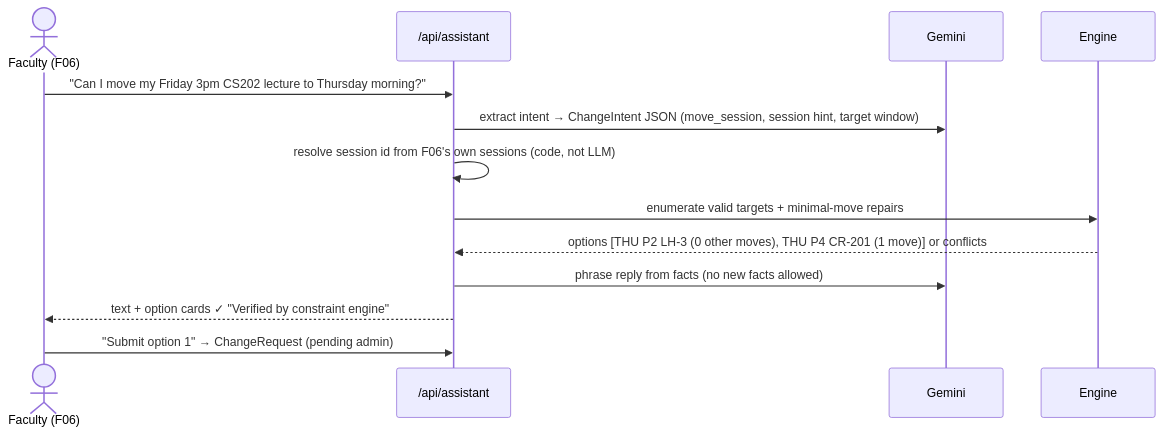
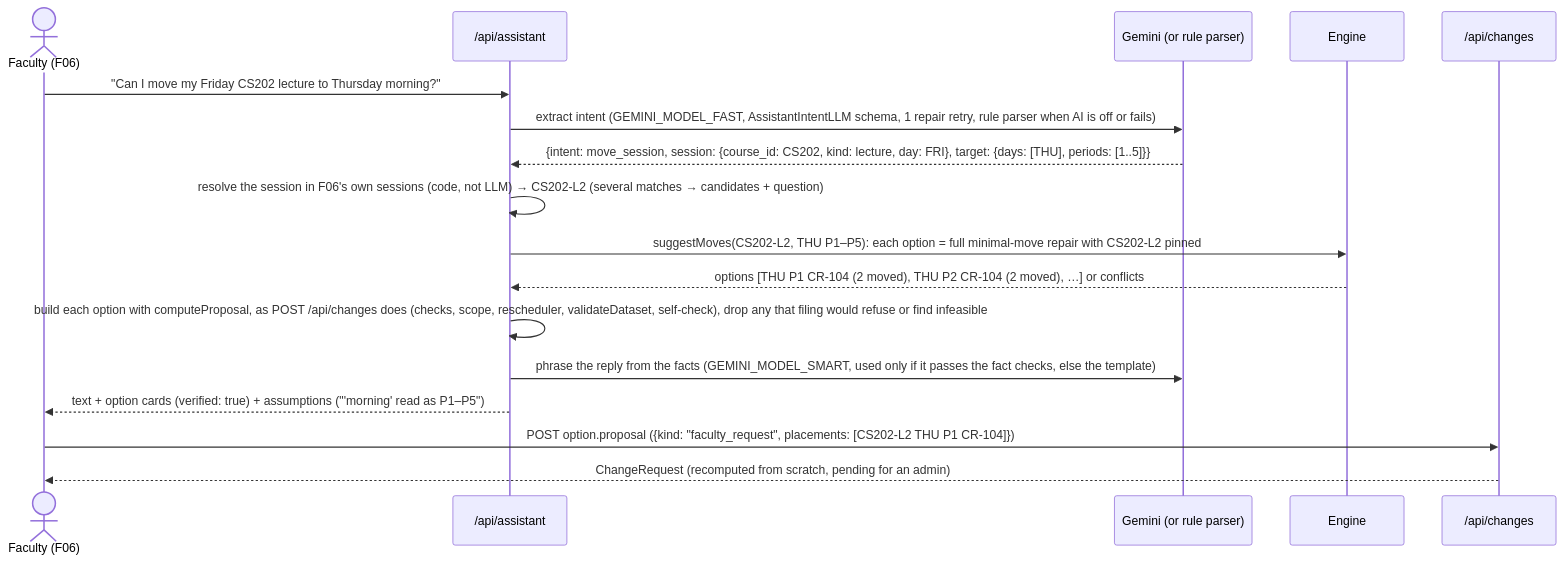
Before and after one commit to yashpandeycodes/IITB-Hackathon: the seventh of 9 diagrams in docs/architecture.md, drawn with Mermaid. The commit also changed other lines of this file and 10 other files, not shown here.

````diff
--- a/docs/architecture.md
+++ b/docs/architecture.md
@@ -726,15 +787,19 @@
 ```mermaid
 sequenceDiagram
   actor F as Faculty (F06)
   participant AS as /api/assistant
-  participant G as Gemini
+  participant G as Gemini (or rule parser)
   participant E as Engine
-  F->>AS: "Can I move my Friday 3pm CS202 lecture to Thursday morning?"
-  AS->>G: extract intent → ChangeIntent JSON (move_session, session hint, target window)
-  AS->>AS: resolve session id from F06's own sessions (code, not LLM)
-  AS->>E: enumerate valid targets + minimal-move repairs
-  E-->>AS: options [THU P2 LH-3 (0 other moves), THU P4 CR-201 (1 move)] or conflicts
-  AS->>G: phrase reply from facts (no new facts allowed)
-  AS-->>F: text + option cards ✓ "Verified by constraint engine"
-  F->>AS: "Submit option 1" → ChangeRequest (pending admin)
+  participant CH as /api/changes
+  F->>AS: "Can I move my Friday CS202 lecture to Thursday morning?"
+  AS->>G: extract intent (GEMINI_MODEL_FAST, AssistantIntentLLM schema, 1 repair retry, rule parser when AI is off or fails)
+  G-->>AS: {intent: move_session, session: {course_id: CS202, kind: lecture, day: FRI}, target: {days: [THU], periods: [1..5]}}
+  AS->>AS: resolve the session in F06's own sessions (code, not LLM) → CS202-L2 (several matches → candidates + question)
+  AS->>E: suggestMoves(CS202-L2, THU P1–P5): each option = full minimal-move repair with CS202-L2 pinned
+  E-->>AS: options [THU P1 CR-104 (2 moved), THU P2 CR-104 (2 moved), …] or conflicts
+  AS->>AS: build each option with computeProposal, as POST /api/changes does (checks, scope, rescheduler, validateDataset, self-check), drop any that filing would refuse or find infeasible
+  AS->>G: phrase the reply from the facts (GEMINI_MODEL_SMART, used only if it passes the fact checks, else the template)
+  AS-->>F: text + option cards (verified: true) + assumptions ("'morning' read as P1–P5")
+  F->>CH: POST option.proposal ({kind: "faculty_request", placements: [CS202-L2 THU P1 CR-104]})
+  CH-->>F: ChangeRequest (recomputed from scratch, pending for an admin)
 ```
````
